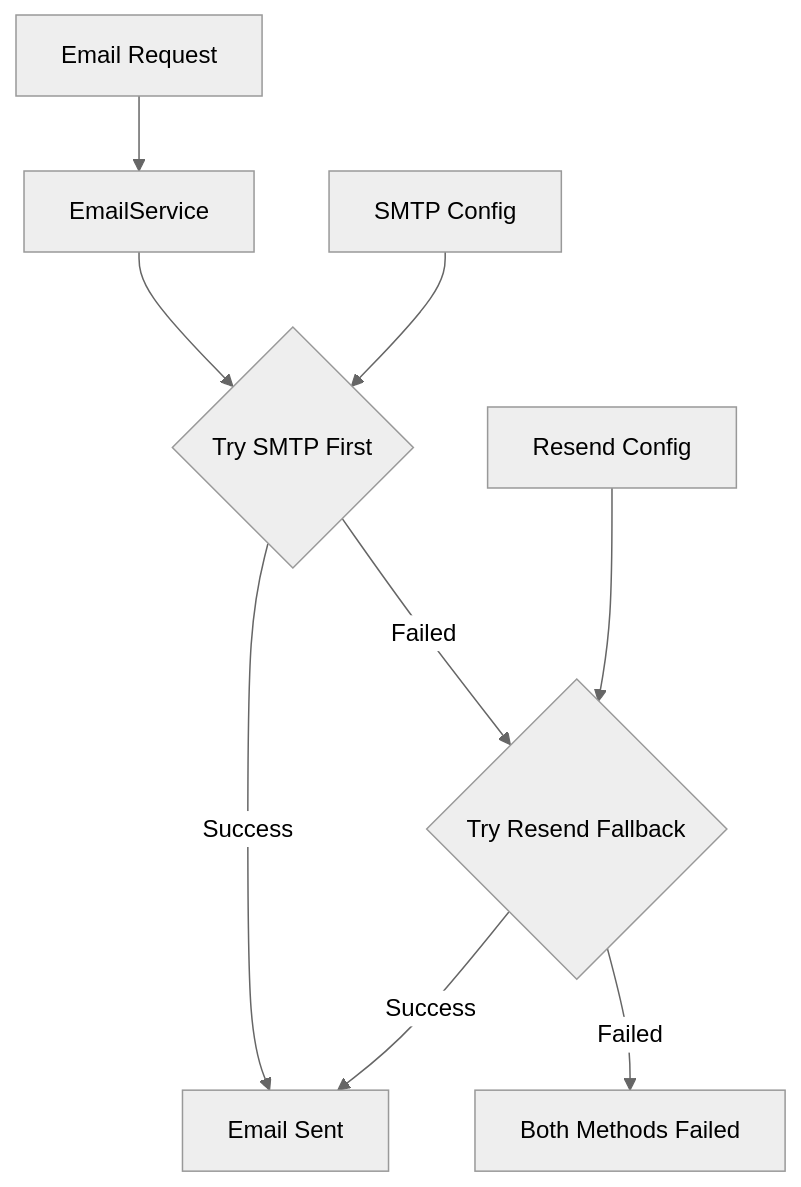
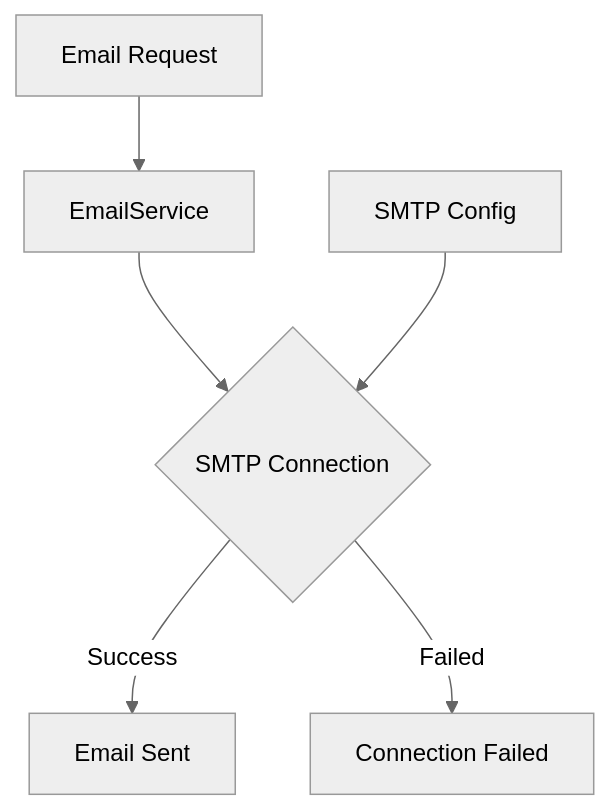
Before and after one commit to supercheck-io/supercheck-core: the eighth of 9 diagrams in .specs/AUTHENTICATION.md, drawn with Mermaid (neutral theme). The commit also changed other lines of this file and 62 other files, not shown here.

````diff
--- a/.specs/AUTHENTICATION.md
+++ b/.specs/AUTHENTICATION.md
@@ -222,12 +222,9 @@
 ```mermaid
 graph TB
     A[Email Request] --> B[EmailService]
-    B --> C{Try SMTP First}
+    B --> C{SMTP Connection}
     C -->|Success| D[Email Sent]
-    C -->|Failed| E{Try Resend Fallback}
-    E -->|Success| D
-    E -->|Failed| F[Both Methods Failed]
+    C -->|Failed| E[Connection Failed]
     
     G[SMTP Config] --> C
-    H[Resend Config] --> E
 ```
````
